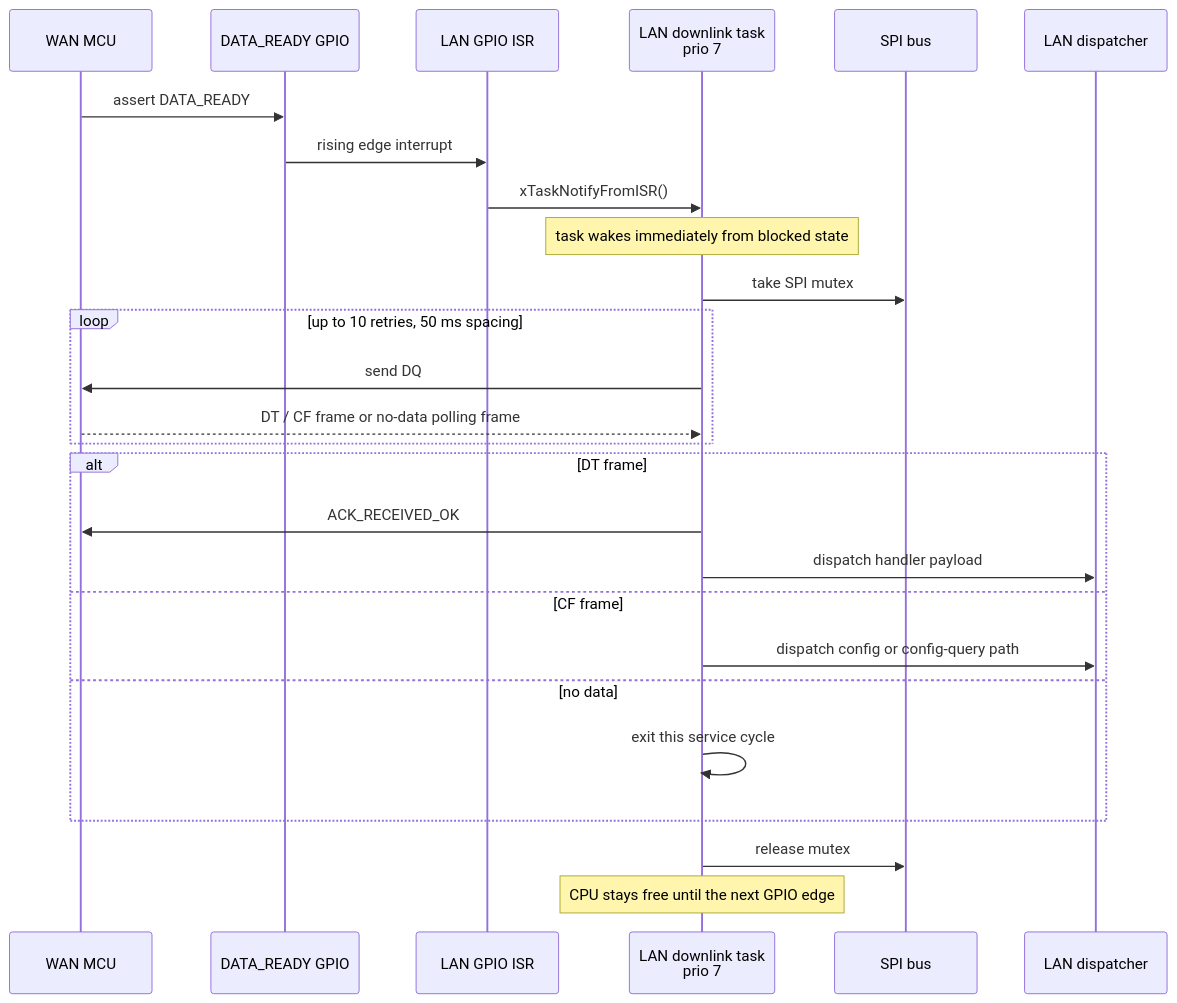
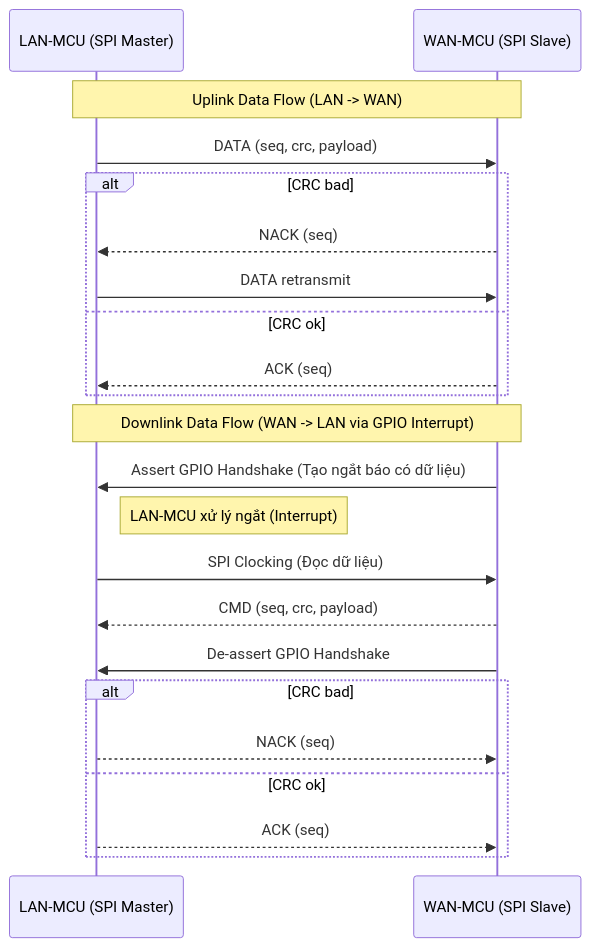
The third of 9 diagrams in docs/GATEWAY_HANDLER_FLOWCHARTS_CURRENT_CODE.md (NguyenHoangTrieu/DATN_config_app), drawn with Mermaid before and after one commit. The commit also changed other lines of this file and 12 other files, not shown here.

````diff
--- a/docs/GATEWAY_HANDLER_FLOWCHARTS_CURRENT_CODE.md
+++ b/docs/GATEWAY_HANDLER_FLOWCHARTS_CURRENT_CODE.md
@@ -100,33 +47,27 @@
 ```mermaid
 sequenceDiagram
-    participant WAN as WAN MCU
-    participant GPIO as DATA_READY GPIO
-    participant ISR as LAN GPIO ISR
-    participant DLT as LAN downlink task<br/>prio 7
-    participant SPI as SPI bus
-    participant PARSER as LAN dispatcher
+    participant LAN_MCU as LAN-MCU (SPI Master)
+    participant WAN_MCU as WAN-MCU (SPI Slave)
 
-    WAN->>GPIO: assert DATA_READY
-    GPIO->>ISR: rising edge interrupt
-    ISR->>DLT: xTaskNotifyFromISR()
-    Note over DLT: task wakes immediately from blocked state
-
-    DLT->>SPI: take SPI mutex
-
-    loop up to 10 retries, 50 ms spacing
-        DLT->>WAN: send DQ
-        WAN-->>DLT: DT / CF frame or no-data polling frame
+    Note over LAN_MCU, WAN_MCU: Uplink Data Flow (LAN -> WAN)
+    LAN_MCU->>WAN_MCU: DATA (seq, crc, payload)
+    alt CRC bad
+        WAN_MCU-->>LAN_MCU: NACK (seq)
+        LAN_MCU->>WAN_MCU: DATA retransmit
+    else CRC ok
+        WAN_MCU-->>LAN_MCU: ACK (seq)
     end
 
-    alt DT frame
-        DLT->>WAN: ACK_RECEIVED_OK
-        DLT->>PARSER: dispatch handler payload
-    else CF frame
-        DLT->>PARSER: dispatch config or config-query path
-    else no data
-        DLT->>DLT: exit this service cycle
+    Note over LAN_MCU, WAN_MCU: Downlink Data Flow (WAN -> LAN via GPIO Interrupt)
+    WAN_MCU->>LAN_MCU: Assert GPIO Handshake (Tạo ngắt báo có dữ liệu)
+    Note right of LAN_MCU: LAN-MCU xử lý ngắt (Interrupt)
+    LAN_MCU->>WAN_MCU: SPI Clocking (Đọc dữ liệu)
+    WAN_MCU-->>LAN_MCU: CMD (seq, crc, payload)
+    WAN_MCU->>LAN_MCU: De-assert GPIO Handshake
+    
+    alt CRC bad
+        LAN_MCU-->>WAN_MCU: NACK (seq)
+    else CRC ok
+        LAN_MCU-->>WAN_MCU: ACK (seq)
     end
-
-    DLT->>SPI: release mutex
-    Note over DLT: CPU stays free until the next GPIO edge
 ```
````
